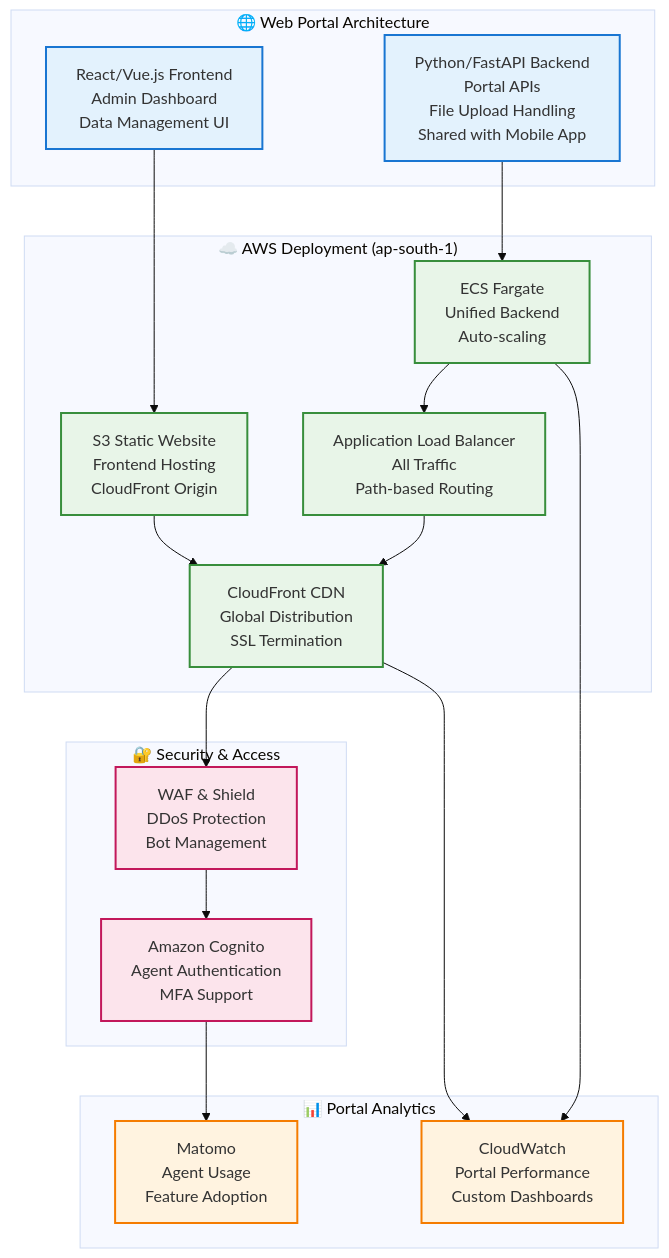
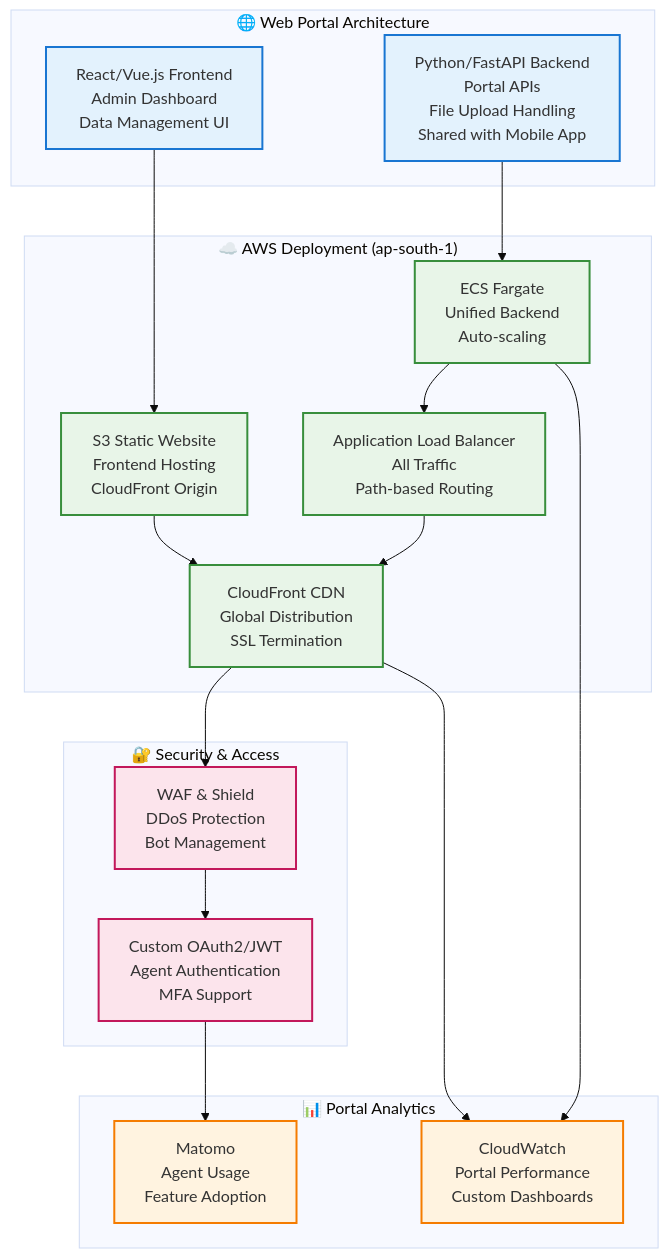
The third of 18 diagrams in discovery/deployment-design.md (manizvlabs/agentmitra), drawn with Mermaid (base theme) before and after one commit. The commit also changed other lines of this file, not shown here.

First line of the commit message:
fix: replace all Amazon Cognito and Firebase Auth references with Custom OAuth2/JWT Service

````diff
--- a/discovery/deployment-design.md
+++ b/discovery/deployment-design.md
@@ -375,45 +375,45 @@
 ```mermaid
 graph TD
     subgraph "🌐 Web Portal Architecture"
         Frontend[React/Vue.js Frontend<br/>Admin Dashboard<br/>Data Management UI]
         PythonBackend[Python/FastAPI Backend<br/>Portal APIs<br/>File Upload Handling<br/>Shared with Mobile App]
     end
 
     subgraph "☁️ AWS Deployment (ap-south-1)"
         CloudFront[CloudFront CDN<br/>Global Distribution<br/>SSL Termination]
         S3Static[S3 Static Website<br/>Frontend Hosting<br/>CloudFront Origin]
         ECSBackend[ECS Fargate<br/>Unified Backend<br/>Auto-scaling]
         ALB[Application Load Balancer<br/>All Traffic<br/>Path-based Routing]
     end
 
     subgraph "🔐 Security & Access"
-        Cognito[Amazon Cognito<br/>Agent Authentication<br/>MFA Support]
+        OAuth2Svc[Custom OAuth2/JWT<br/>Agent Authentication<br/>MFA Support]
         WAF[WAF & Shield<br/>DDoS Protection<br/>Bot Management]
     end
 
     subgraph "📊 Portal Analytics"
         CloudWatch[CloudWatch<br/>Portal Performance<br/>Custom Dashboards]
         Matomo[Matomo<br/>Agent Usage<br/>Feature Adoption]
     end
 
     Frontend --> S3Static
     PythonBackend --> ECSBackend
     S3Static --> CloudFront
     ECSBackend --> ALB
     ALB --> CloudFront
     CloudFront --> WAF
-    WAF --> Cognito
+    WAF --> OAuth2Svc
     ECSBackend --> CloudWatch
     CloudFront --> CloudWatch
-    Cognito --> Matomo
+    OAuth2Svc --> Matomo
 
     classDef web fill:#e3f2fd,stroke:#1976d2,stroke-width:2px
     classDef aws fill:#e8f5e8,stroke:#388e3c,stroke-width:2px
     classDef security fill:#fce4ec,stroke:#c2185b,stroke-width:2px
     classDef analytics fill:#fff3e0,stroke:#f57c00,stroke-width:2px
 
     class Frontend,PythonBackend web
     class CloudFront,S3Static,ECSBackend,ALB aws
-    class Cognito,WAF security
+    class OAuth2Svc,WAF security
     class CloudWatch,Matomo analytics
 ```
````
